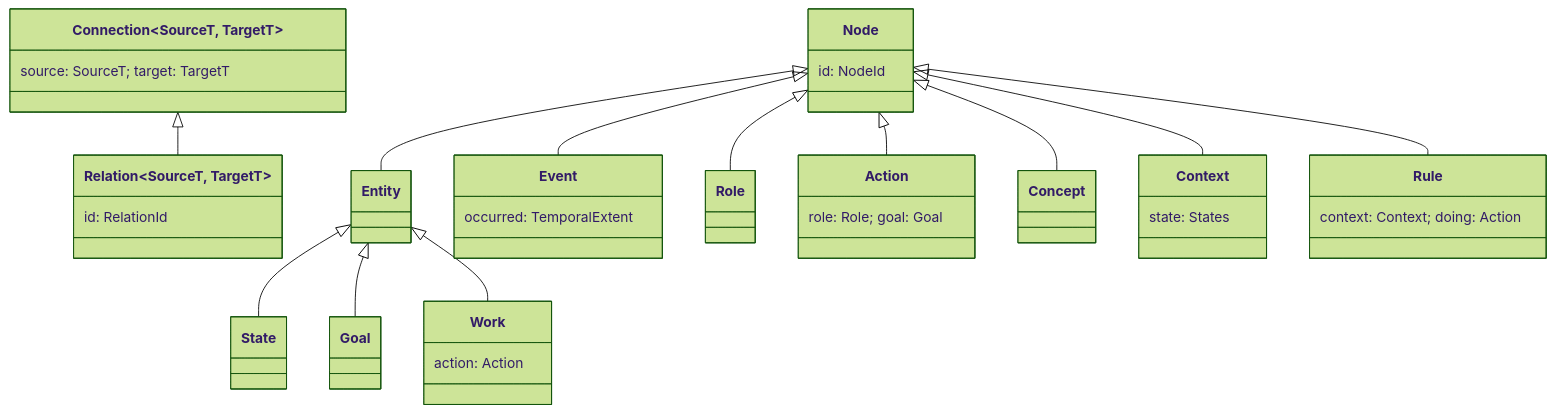
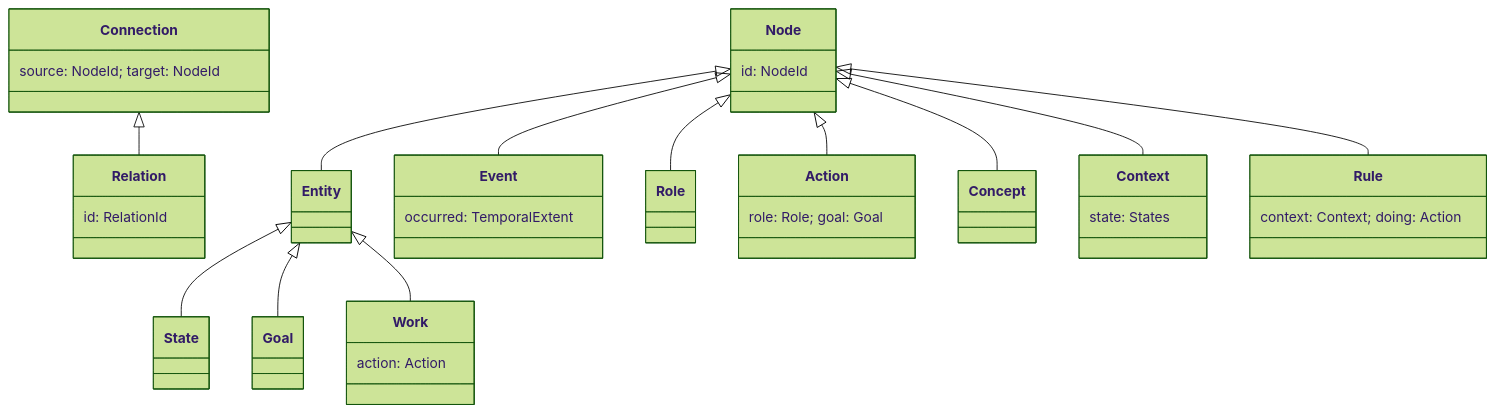
Before and after one commit to kylejtobin/ontok: the third of 3 diagrams in wiki/architecture/ontok-core.md, drawn with Mermaid (forest theme). The commit also changed other lines of this file and 2 other files, not shown here.

Commit message:
A Connection references its endpoints by identity; no construct carries a type parameter

````diff
--- a/wiki/architecture/ontok-core.md
+++ b/wiki/architecture/ontok-core.md
@@ -63,27 +63,27 @@
 ```mermaid
 classDiagram
   class Node { id: NodeId }
-  class Connection~SourceT, TargetT~ { source: SourceT; target: TargetT }
+  class Connection { source: NodeId; target: NodeId }
   class Entity
-  class Relation~SourceT, TargetT~ { id: RelationId }
+  class Relation { id: RelationId }
   class State
   class Event { occurred: TemporalExtent }
   class Role
   class Goal
   class Action { role: Role; goal: Goal }
   class Work { action: Action }
   class Concept
   class Context { state: States }
   class Rule { context: Context; doing: Action }
   Node <|-- Entity
   Node <|-- Event
   Node <|-- Role
   Node <|-- Action
   Node <|-- Concept
   Node <|-- Context
   Node <|-- Rule
   Connection <|-- Relation
   Entity <|-- State
   Entity <|-- Goal
   Entity <|-- Work
 ```
````
